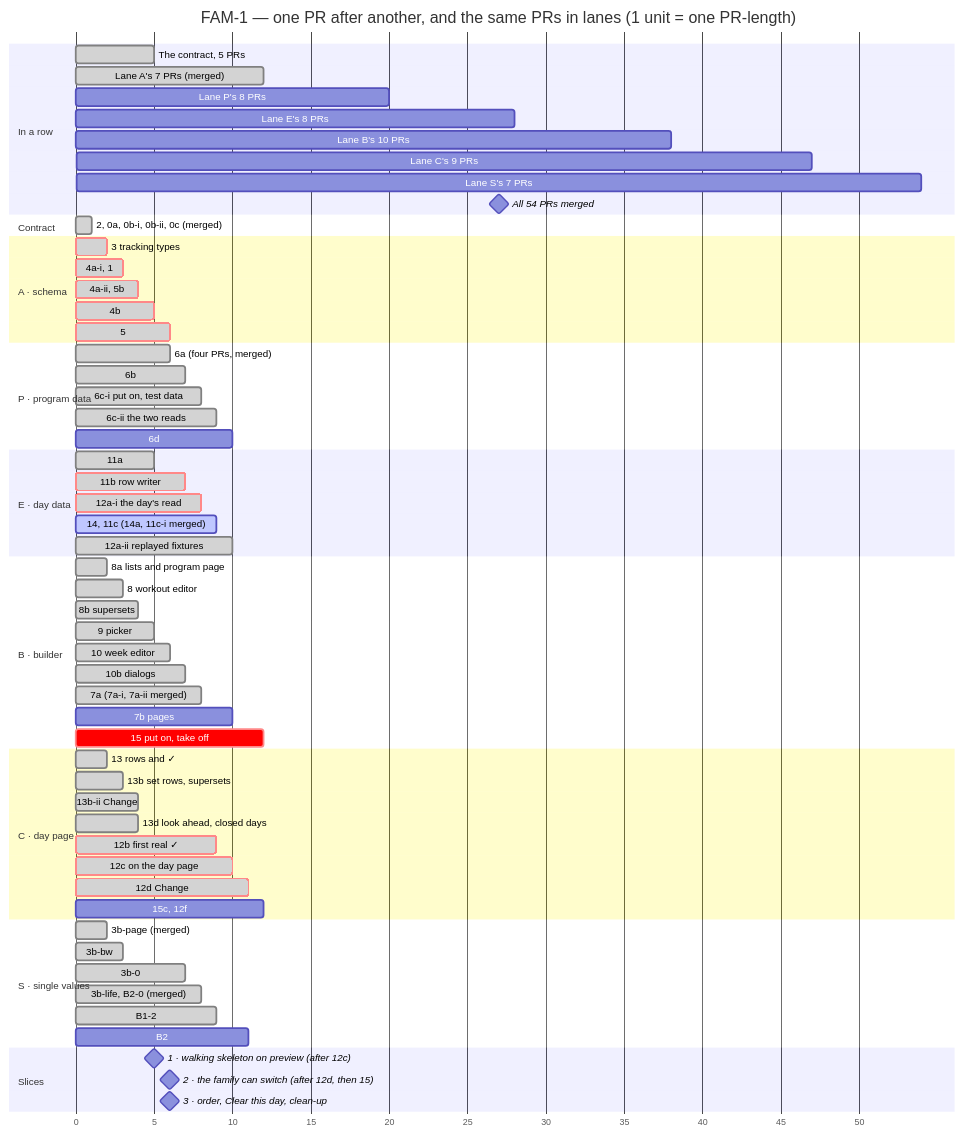
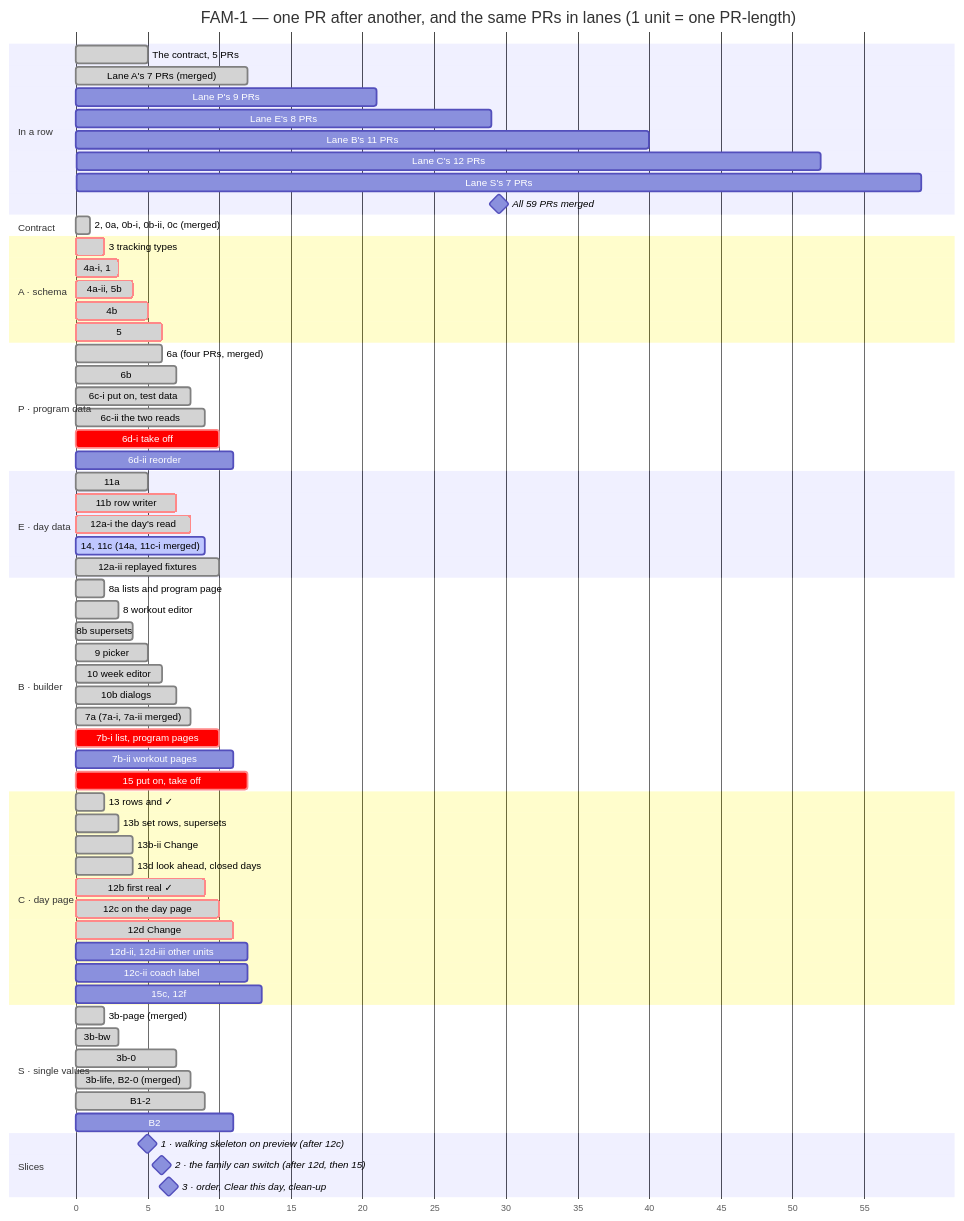
One commit to ralamode/mat-plan changed the second of 2 diagrams in docs/milestones/fam-1-family-program.md. Above: the diagram before and after it, drawn with Mermaid. The commit also changed other lines of this file and 5 other files, not shown here.

````diff
--- a/docs/milestones/fam-1-family-program.md
+++ b/docs/milestones/fam-1-family-program.md
@@ -260,75 +260,79 @@
 ```mermaid
 gantt
   title FAM-1 — one PR after another, and the same PRs in lanes (1 unit = one PR-length)
   dateFormat X
   axisFormat %s
   todayMarker off
 
   section In a row
   The contract, 5 PRs          :done, r0, 0, 5
   Lane A's 7 PRs (merged)      :done, r1, 5, 12
-  Lane P's 8 PRs               :r2, 12, 20
-  Lane E's 8 PRs               :r3, 20, 28
-  Lane B's 10 PRs              :r4, 28, 38
-  Lane C's 9 PRs               :r5, 38, 47
-  Lane S's 7 PRs               :r6, 47, 54
-  All 54 PRs merged            :milestone, rm, 54, 54
+  Lane P's 9 PRs               :r2, 12, 21
+  Lane E's 8 PRs               :r3, 21, 29
+  Lane B's 11 PRs              :r4, 29, 40
+  Lane C's 12 PRs              :r5, 40, 52
+  Lane S's 7 PRs               :r6, 52, 59
+  All 59 PRs merged            :milestone, rm, 59, 59
 
   section Contract
   2, 0a, 0b-i, 0b-ii, 0c (merged) :done, c0, 0, 1
 
   section A · schema
   3 tracking types             :crit, done, a1, 1, 2
   4a-i, 1                      :crit, done, a2, 2, 3
   4a-ii, 5b                    :crit, done, a3, 3, 4
   4b                           :crit, done, a4, 4, 5
   5                            :crit, done, a5, 5, 6
 
   section P · program data
   6a (four PRs, merged)        :done, p1, 5, 6
   6b                           :done, p2, 6, 7
   6c-i put on, test data       :done, p3, 7, 8
   6c-ii the two reads          :done, p3b, 8, 9
-  6d                           :p4, 9, 10
+  6d-i take off                :crit, p4, 9, 10
+  6d-ii reorder                :p5, 10, 11
 
   section E · day data
   11a                          :done, e1, 4, 5
   11b row writer               :crit, done, e2, 5, 7
   12a-i the day's read         :crit, done, e3, 7, 8
   14, 11c (14a, 11c-i merged)  :active, e4, 8, 9
   12a-ii replayed fixtures     :done, e5, 9, 10
 
   section B · builder
   8a lists and program page    :done, b1, 1, 2
   8 workout editor             :done, b2, 2, 3
   8b supersets                 :done, b3, 3, 4
   9 picker                     :done, b4, 4, 5
   10 week editor               :done, b5, 5, 6
   10b dialogs                  :done, b6, 6, 7
   7a (7a-i, 7a-ii merged)      :done, b7, 7, 8
-  7b pages                     :b8, 9, 10
+  7b-i list, program pages     :crit, b8, 9, 10
+  7b-ii workout pages          :b8b, 10, 11
   15 put on, take off          :crit, b9, 11, 12
 
   section C · day page
   13 rows and ✓                :done, c1, 1, 2
   13b set rows, supersets      :done, c2, 2, 3
   13b-ii Change                :done, c2b, 3, 4
   13d look ahead, closed days  :done, c3, 3, 4
   12b first real ✓             :crit, done, c4, 8, 9
   12c on the day page          :crit, done, c5, 9, 10
   12d Change                   :crit, done, c6, 10, 11
-  15c, 12f                     :c7, 11, 12
+  12d-ii, 12d-iii other units  :c6b, 11, 12
+  12c-ii coach label           :c6c, 11, 12
+  15c, 12f                     :c7, 12, 13
 
   section S · single values
   3b-page (merged)             :done, s1, 1, 2
   3b-bw                        :done, s2, 2, 3
   3b-0                         :done, s3, 6, 7
   3b-life, B2-0 (merged)       :done, s4, 7, 8
   B1-2                         :done, s5, 8, 9
   B2                           :s6, 10, 11
 
   section Slices
   1 · walking skeleton on preview (after 12c) :milestone, m1, 10, 10
   2 · the family can switch (after 12d, then 15) :milestone, m2, 12, 12
-  3 · order, Clear this day, clean-up         :milestone, m3, 12, 12
+  3 · order, Clear this day, clean-up         :milestone, m3, 13, 13
 ```
````
